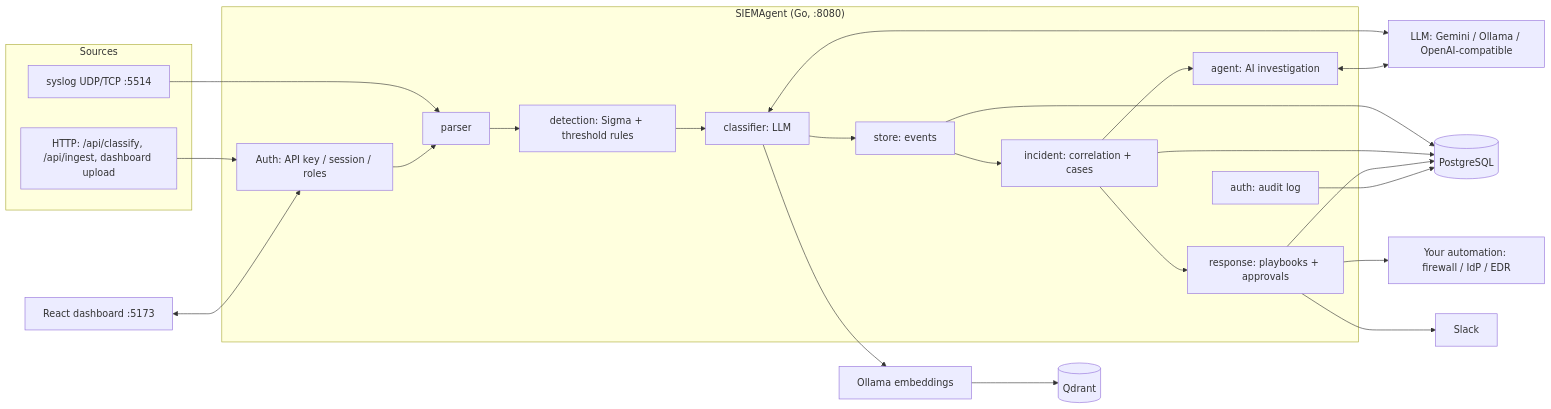
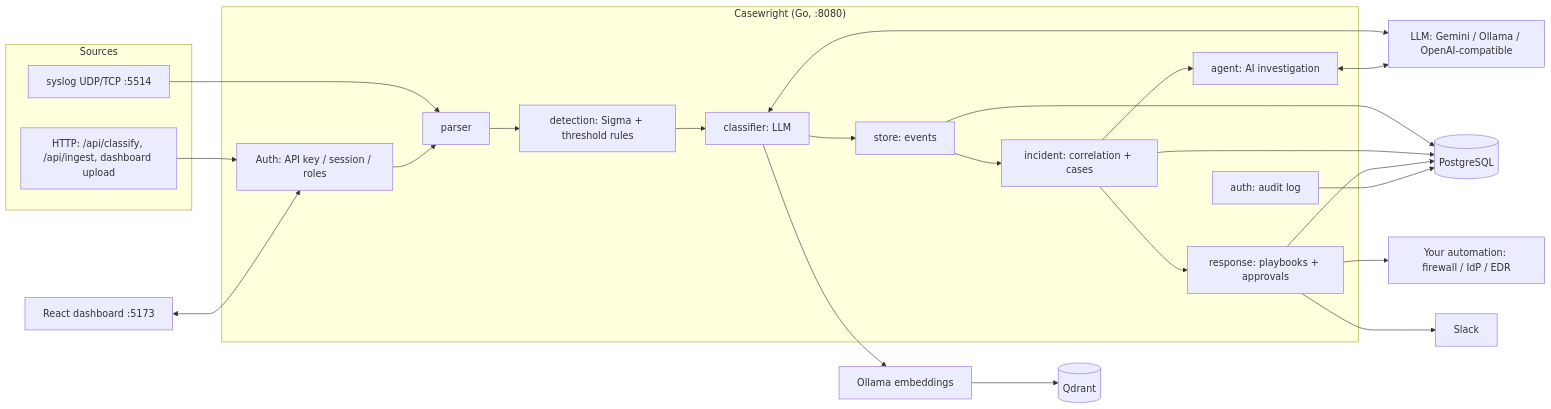
Before and after one commit to chanchalvdev/casewright: the first of 2 diagrams in docs/ARCHITECTURE.md, drawn with Mermaid. The commit also changed other lines of this file and 33 other files, not shown here.

````diff
--- a/docs/ARCHITECTURE.md
+++ b/docs/ARCHITECTURE.md
@@ -13,38 +13,38 @@
 ```mermaid
 flowchart LR
     subgraph Sources
         SYS[syslog UDP/TCP :5514]
         API[HTTP: /api/classify, /api/ingest, dashboard upload]
     end
-    subgraph SIEMAgent["SIEMAgent (Go, :8080)"]
+    subgraph Casewright["Casewright (Go, :8080)"]
         AUTH[Auth: API key / session / roles]
         PARSE[parser]
         DET[detection: Sigma + threshold rules]
         CLS[classifier: LLM]
         STORE[store: events]
         INC[incident: correlation + cases]
         AGENT[agent: AI investigation]
         RESP[response: playbooks + approvals]
         AUDIT[auth: audit log]
     end
     UI[React dashboard :5173]
     PG[(PostgreSQL)]
     QD[(Qdrant)]
     LLM[LLM: Gemini / Ollama / OpenAI-compatible]
     OLL[Ollama embeddings]
     HOOK[Your automation: firewall / IdP / EDR]
     SLACK[Slack]
 
     SYS --> PARSE
     API --> AUTH --> PARSE
     PARSE --> DET --> CLS --> STORE --> INC
     INC --> AGENT
     INC --> RESP
     CLS <--> LLM
     AGENT <--> LLM
     CLS --> OLL --> QD
     STORE & INC & RESP & AUDIT --> PG
     RESP --> HOOK
     RESP --> SLACK
     UI <--> AUTH
 ```
````
